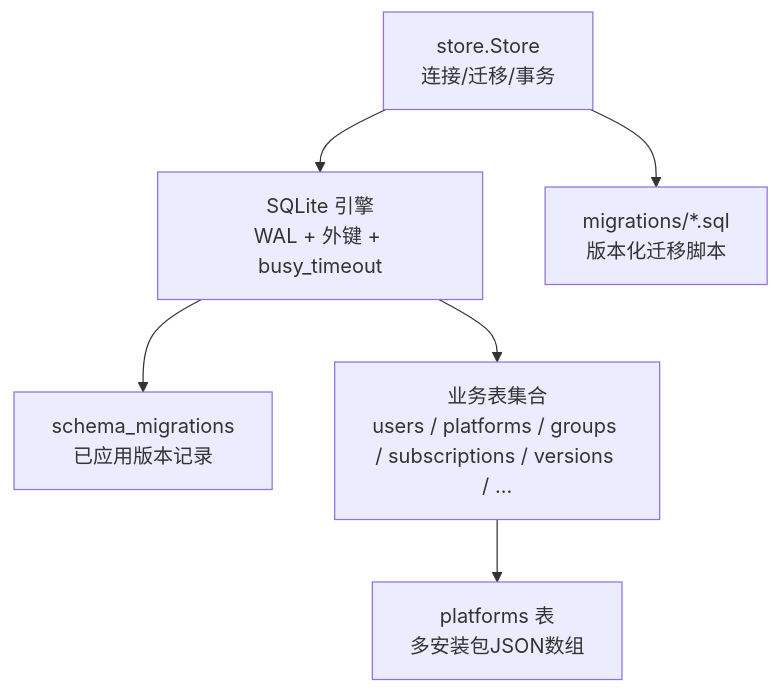
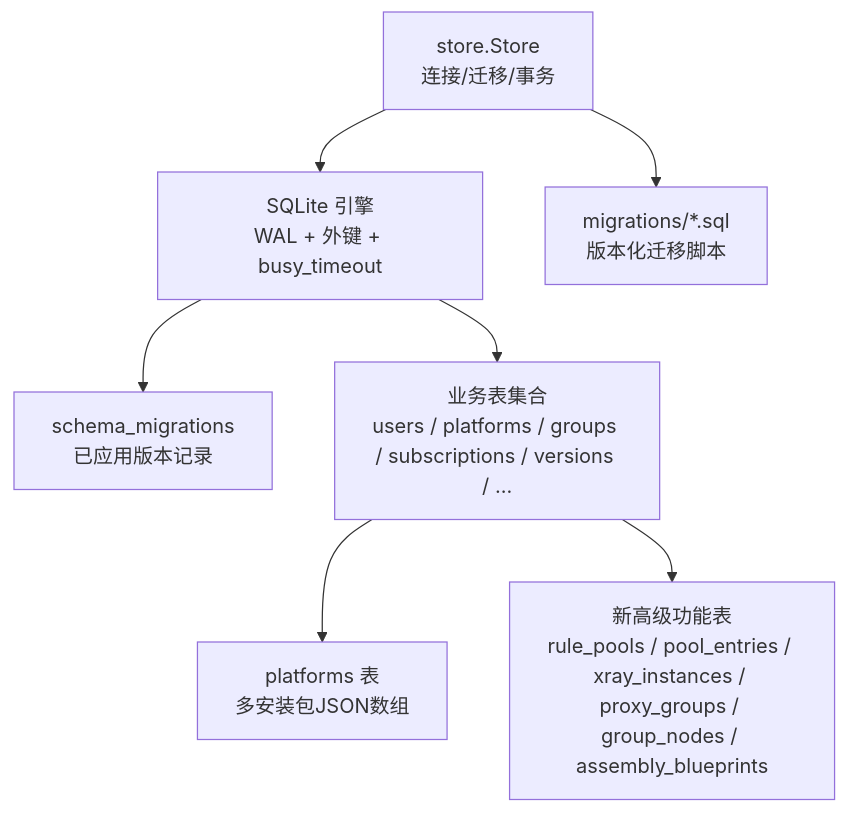
One commit to AlcaProphet/VPN-Subscription-Management changed the first of 10 diagrams in .qoder/repowiki/zh/content/数据库设计.md. Above: the diagram before and after it, drawn with Mermaid. The commit also changed other lines of this file and 109 other files, not shown here.

````diff
--- a/.qoder/repowiki/zh/content/数据库设计.md
+++ b/.qoder/repowiki/zh/content/数据库设计.md
@@ -49,8 +51,9 @@
 ```mermaid
 graph TB
 A["store.Store<br/>连接/迁移/事务"] --> B["SQLite 引擎<br/>WAL + 外键 + busy_timeout"]
 A --> C["migrations/*.sql<br/>版本化迁移脚本"]
 B --> D["schema_migrations<br/>已应用版本记录"]
 B --> E["业务表集合<br/>users / platforms / groups / subscriptions / versions / ..."]
 E --> F["platforms 表<br/>多安装包JSON数组"]
+E --> G["新高级功能表<br/>rule_pools / pool_entries / xray_instances / proxy_groups / group_nodes / assembly_blueprints"]
 ```
````
